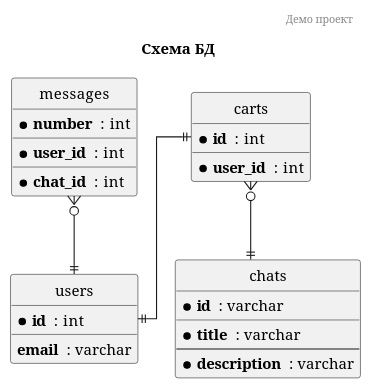
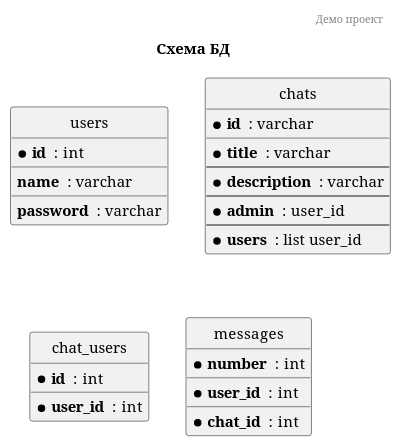
The diagram in ChatProject/components/doc/db_scheme.puml (IrinaKostroma/ProjectChat), drawn with PlantUML before and after one commit. The commit also changed 38 other files, not shown here.

```diff
--- a/ChatProject/components/doc/db_scheme.puml
+++ b/ChatProject/components/doc/db_scheme.puml
@@ -1,44 +1,47 @@
 @startuml
 
 header Демо проект
 title Схема БД
 
 hide circle
 skinparam linetype ortho
 
-
 entity users {
   * **id**  :  int
   __
-  **email**  :  varchar
+  **name**  :  varchar
+  __
+  **password**  :  varchar
 }
 
 entity chats {
   * **id**  :  varchar
   __
   * **title**  :  varchar
   --
   * **description**  :  varchar
+  --
+  * **admin**  :  user_id
+  --
+  * **users**  :  list user_id
 }
 
-entity carts {
+entity chat_users {
   * **id**  :  int
   __
   * **user_id**  :  int
 }
-
 
 entity messages {
   * **number**  :  int
   __
   * **user_id**  :  int
   __
   * **chat_id**  :  int
 }
 
-
-messages }o--|| users
-carts }o--|| chats
-carts ||--|| users
+'messages }o--|| users
+'carts }o--|| chats
+'carts ||--|| users
 
 @enduml
```
